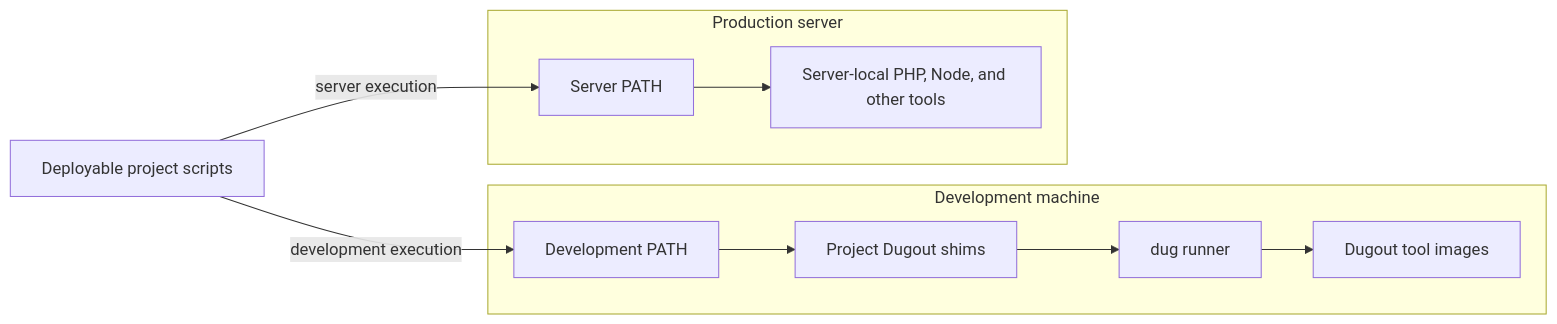
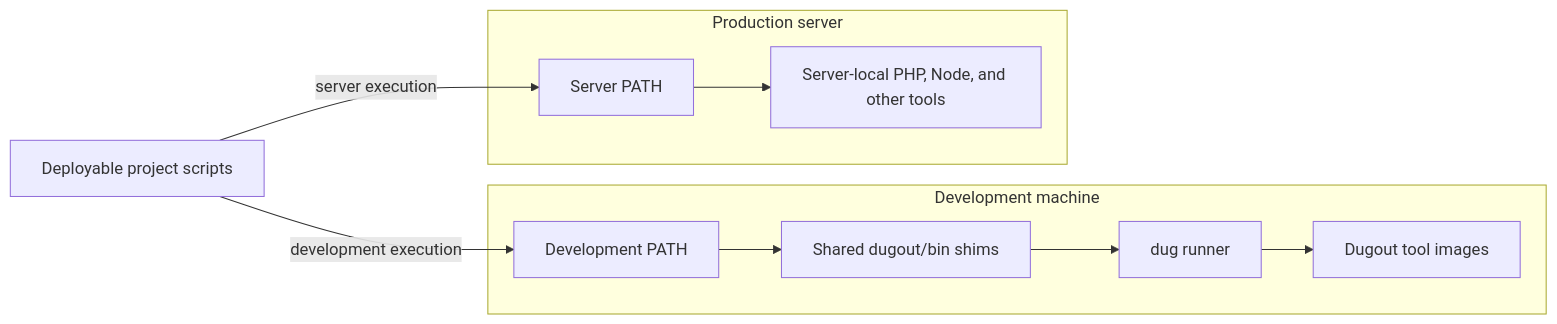
One commit to moztopia/dugout changed the third of 3 diagrams in docs/01-platform-architecture.md. Above: the diagram before and after it, drawn with Mermaid. The commit also changed other lines of this file and 26 other files, not shown here.

First line of the commit message:
feat(tool-plane): implement dugout shared runner, shims, and tool images

````diff
--- a/docs/01-platform-architecture.md
+++ b/docs/01-platform-architecture.md
@@ -178,23 +177,23 @@
 ```mermaid
 flowchart LR
     subgraph development["Development machine"]
         devPath["Development PATH"]
-        shims["Project Dugout shims"]
+        shims["Shared dugout/bin shims"]
         runner["dug runner"]
         images["Dugout tool images"]
 
         devPath --> shims --> runner --> images
     end
 
     source["Deployable project scripts"]
 
     subgraph production["Production server"]
         serverPath["Server PATH"]
         serverTools["Server-local PHP, Node, and other tools"]
 
         serverPath --> serverTools
     end
 
     source -->|"development execution"| devPath
     source -->|"server execution"| serverPath
 ```
````
